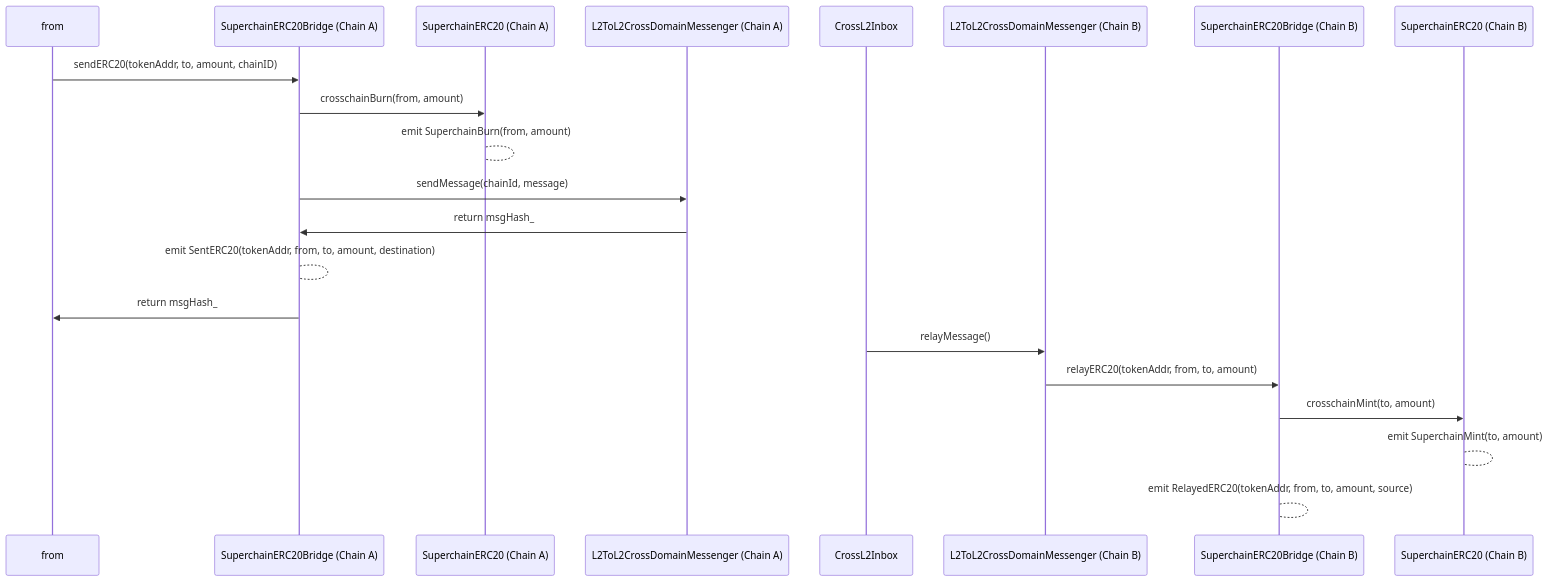
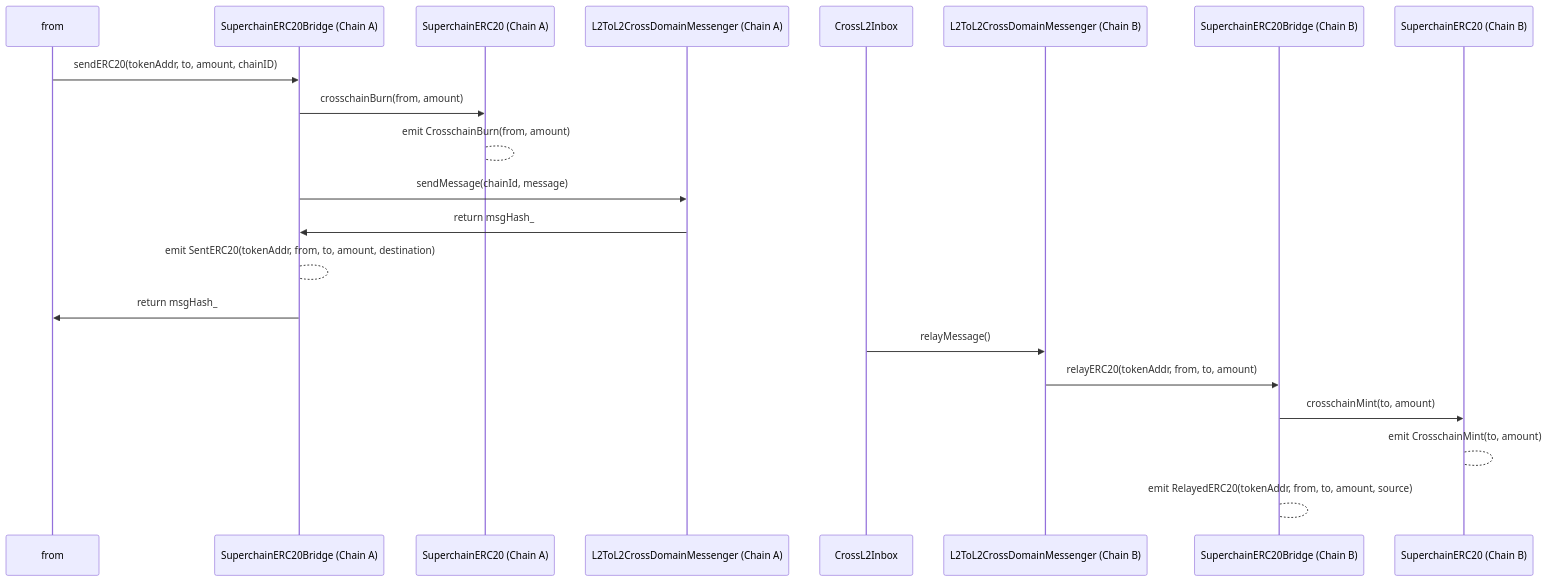
The fourth of 4 diagrams in specs/interop/predeploys.md (ethereum-optimism/specs), drawn with Mermaid before and after one commit.

````diff
--- a/specs/interop/predeploys.md
+++ b/specs/interop/predeploys.md
@@ -942,24 +942,24 @@
 ```mermaid
 sequenceDiagram
   participant from
   participant L2SBA as SuperchainERC20Bridge (Chain A)
   participant SuperERC20_A as SuperchainERC20 (Chain A)
   participant Messenger_A as L2ToL2CrossDomainMessenger (Chain A)
   participant Inbox as CrossL2Inbox
   participant Messenger_B as L2ToL2CrossDomainMessenger (Chain B)
   participant L2SBB as SuperchainERC20Bridge (Chain B)
   participant SuperERC20_B as SuperchainERC20 (Chain B)
 
   from->>L2SBA: sendERC20(tokenAddr, to, amount, chainID)
   L2SBA->>SuperERC20_A: crosschainBurn(from, amount)
-  SuperERC20_A-->SuperERC20_A: emit SuperchainBurn(from, amount)
+  SuperERC20_A-->SuperERC20_A: emit CrosschainBurn(from, amount)
   L2SBA->>Messenger_A: sendMessage(chainId, message)
   Messenger_A->>L2SBA: return msgHash_ 
   L2SBA-->L2SBA: emit SentERC20(tokenAddr, from, to, amount, destination)
   L2SBA->>from: return msgHash_ 
   Inbox->>Messenger_B: relayMessage()
   Messenger_B->>L2SBB: relayERC20(tokenAddr, from, to, amount)
   L2SBB->>SuperERC20_B: crosschainMint(to, amount)
-  SuperERC20_B-->SuperERC20_B: emit SuperchainMint(to, amount)
+  SuperERC20_B-->SuperERC20_B: emit CrosschainMint(to, amount)
   L2SBB-->L2SBB: emit RelayedERC20(tokenAddr, from, to, amount, source)
 ```
````
